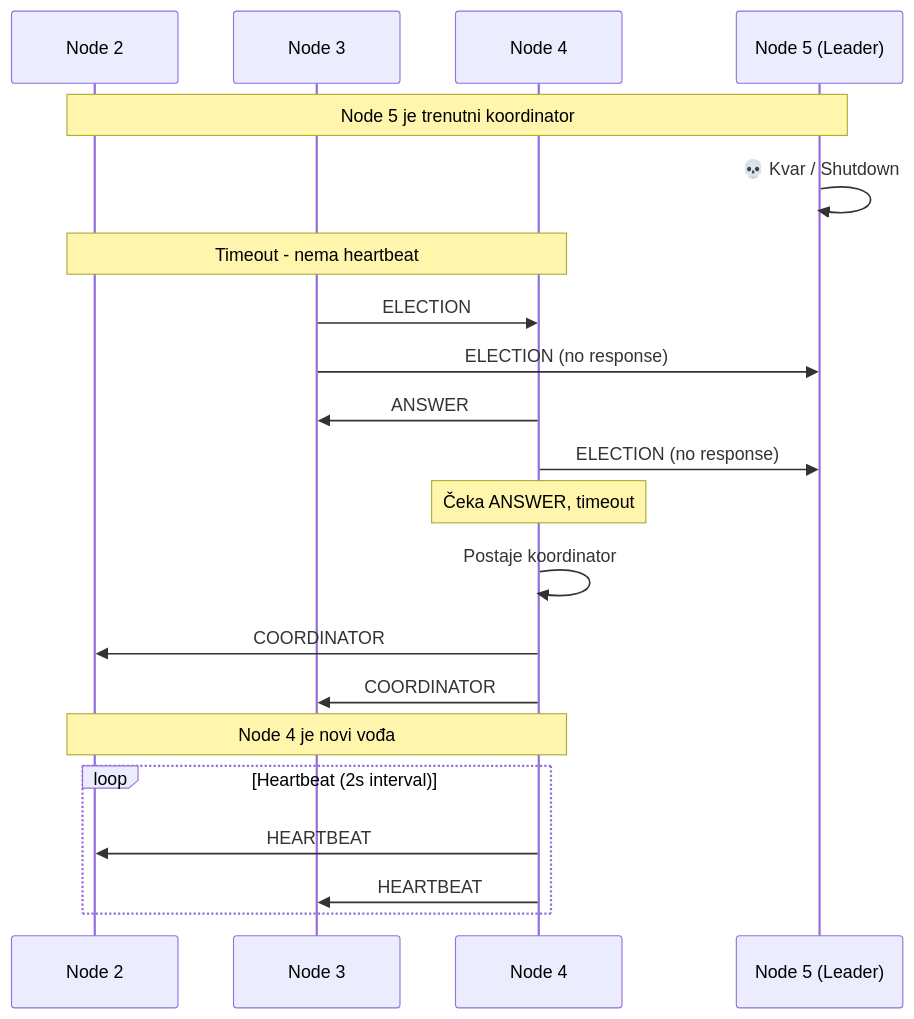
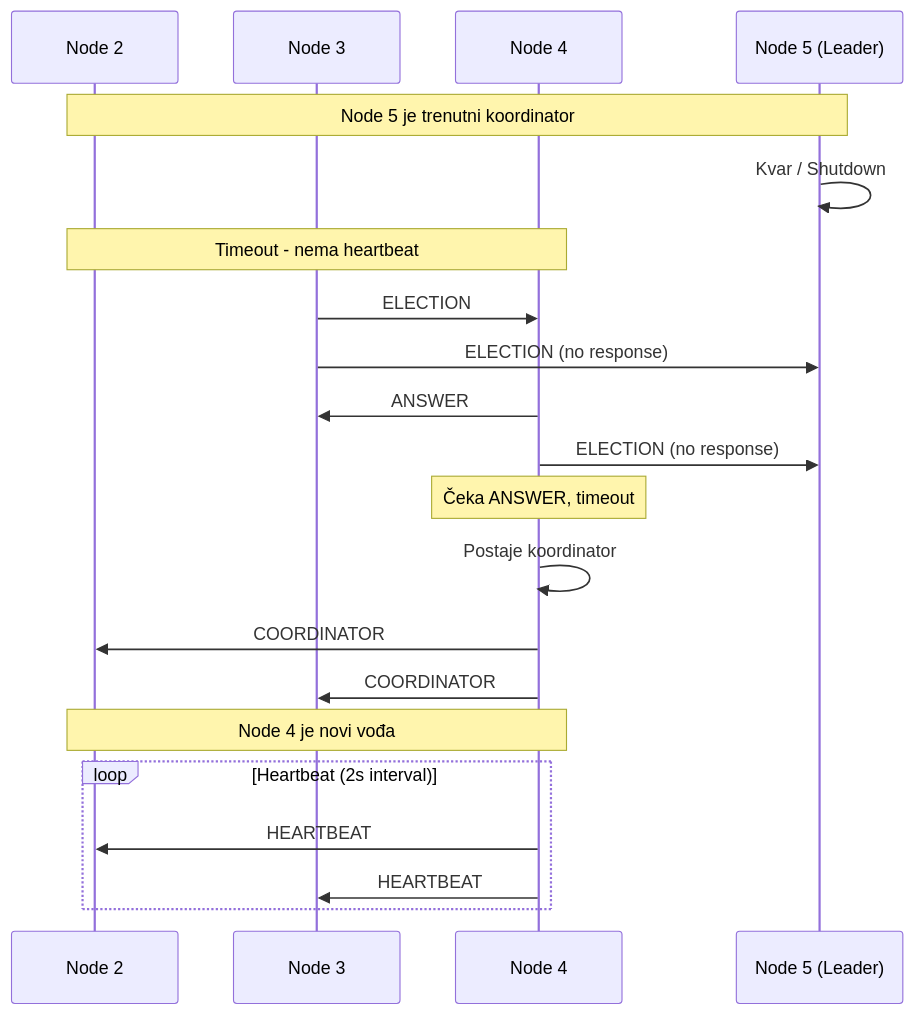
Before and after one commit to mapokapo/drs-p2-project: the sixth of 6 diagrams in docs/architecture.md, drawn with Mermaid. The commit also changed other lines of this file, not shown here.

````diff
--- a/docs/architecture.md
+++ b/docs/architecture.md
@@ -183,32 +183,32 @@
 ```mermaid
 sequenceDiagram
     participant N2 as Node 2
     participant N3 as Node 3
     participant N4 as Node 4
     participant N5 as Node 5 (Leader)
 
     Note over N2,N5: Node 5 je trenutni koordinator
 
-    N5->>N5: 💀 Kvar / Shutdown
+    N5->>N5: Kvar / Shutdown
 
     Note over N2,N4: Timeout - nema heartbeat
 
     N3->>N4: ELECTION
     N3->>N5: ELECTION (no response)
 
     N4->>N3: ANSWER
     N4->>N5: ELECTION (no response)
 
     Note over N4: Čeka ANSWER, timeout
 
     N4->>N4: Postaje koordinator
     N4->>N2: COORDINATOR
     N4->>N3: COORDINATOR
 
     Note over N2,N4: Node 4 je novi vođa
 
     loop Heartbeat (2s interval)
         N4->>N2: HEARTBEAT
         N4->>N3: HEARTBEAT
     end
 ```
````
